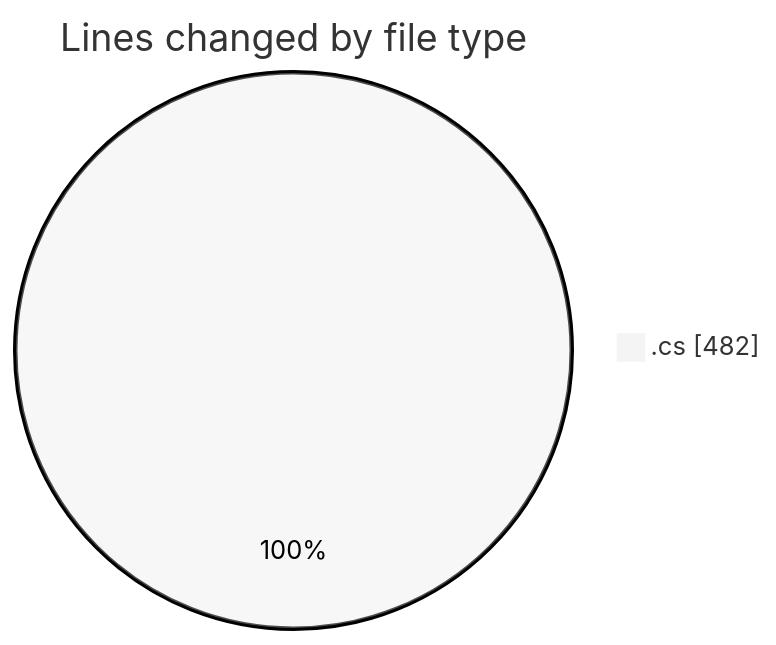
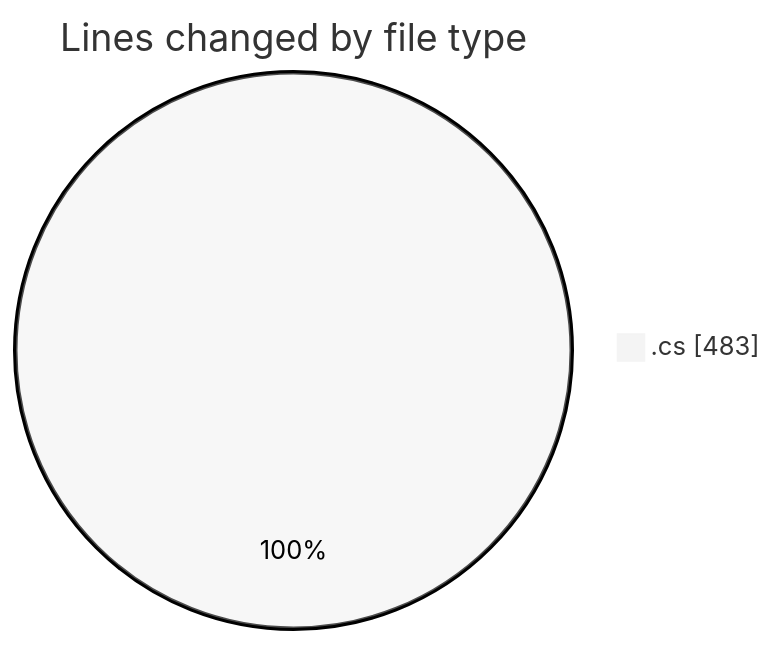
One commit to Netris89/code-tracking changed the first of 2 diagrams in 2025-03-29/back-end/README.md. Above: the diagram before and after it, drawn with Mermaid (neutral theme). The commit also changed other lines of this file and 1 other file, not shown here.

````diff
--- a/2025-03-29/back-end/README.md
+++ b/2025-03-29/back-end/README.md
@@ -21,5 +21,5 @@
 ```mermaid
 pie showData
 title Lines changed by file type
-".cs" : 482
+".cs" : 483
 ```
````
